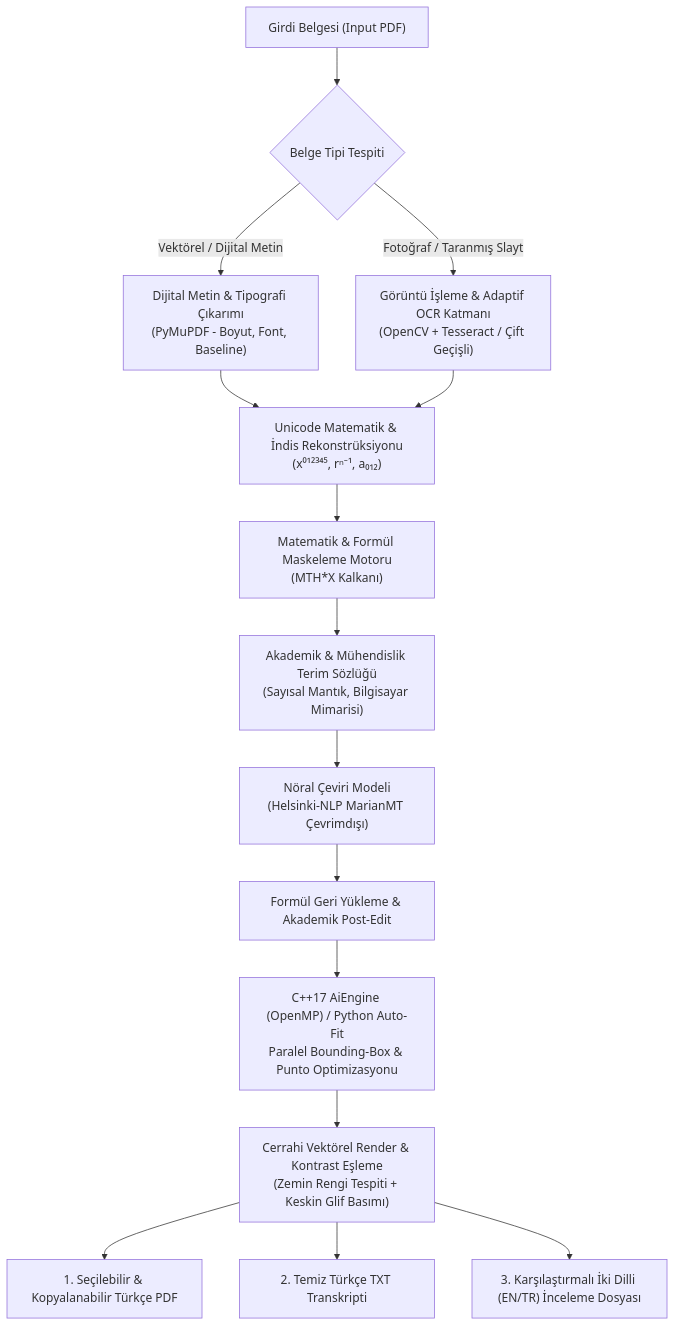
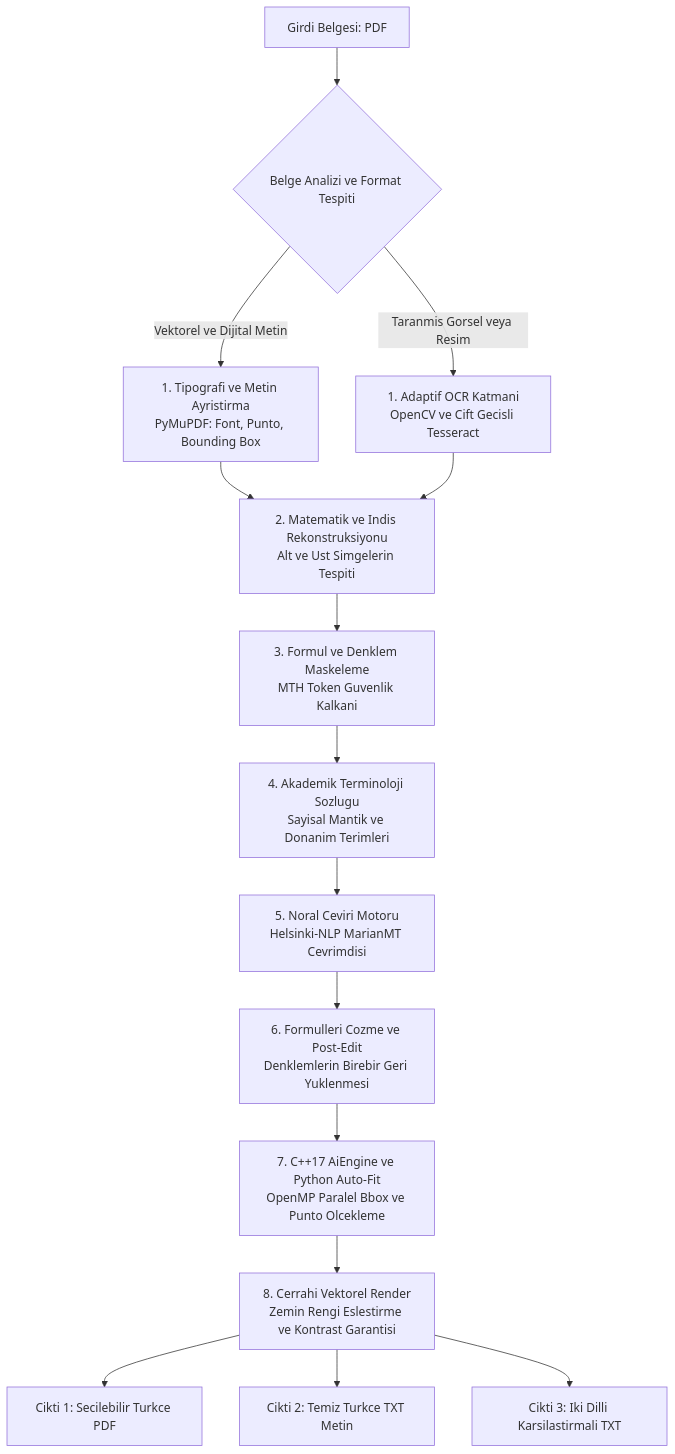
One commit to Tefezimli/PDF_AI_BOOK-TRANSLATER_ING-TO-TR changed the diagram in README.md. Above: the diagram before and after it, drawn with Mermaid. The commit also changed other lines of this file, not shown here.

Commit message:
docs: enrich Architecture Workflow section with bulletproof Mermaid and 8-stage pipeline breakdown

````diff
--- a/README.md
+++ b/README.md
@@ -99,23 +99,22 @@
 ```mermaid
 flowchart TD
-    A["Girdi Belgesi (Input PDF)"] --> B{"Belge Tipi Tespiti"}
+    A[Girdi Belgesi: PDF] --> B{Belge Analizi ve Format Tespiti}
     
-    B -->|"Vektörel / Dijital Metin"| C["Dijital Metin & Tipografi Çıkarımı<br/>(PyMuPDF - Boyut, Font, Baseline)"]
-    B -->|"Fotoğraf / Taranmış Slayt"| D["Görüntü İşleme & Adaptif OCR Katmanı<br/>(OpenCV + Tesseract / Çift Geçişli)"]
+    B -->|Vektorel ve Dijital Metin| C[1. Tipografi ve Metin Ayristirma<br/>PyMuPDF: Font, Punto, Bounding Box]
+    B -->|Taranmis Gorsel veya Resim| D[1. Adaptif OCR Katmani<br/>OpenCV ve Cift Gecisli Tesseract]
     
-    C --> E["Unicode Matematik & İndis Rekonstrüksiyonu<br/>(x⁰¹²³⁴⁵, rⁿ⁻¹, a₀₁₂)"]
+    C --> E[2. Matematik ve Indis Rekonstruksiyonu<br/>Alt ve Ust Simgelerin Tespiti]
     D --> E
     
-    E --> F["Matematik & Formül Maskeleme Motoru<br/>(MTH*X Kalkanı)"]
-    F --> G["Akademik & Mühendislik Terim Sözlüğü<br/>(Sayısal Mantık, Bilgisayar Mimarisi)"]
-    G --> H["Nöral Çeviri Modeli<br/>(Helsinki-NLP MarianMT Çevrimdışı)"]
-    H --> I["Formül Geri Yükleme & Akademik Post-Edit"]
+    E --> F[3. Formul ve Denklem Maskeleme<br/>MTH Token Guvenlik Kalkani]
+    F --> G[4. Akademik Terminoloji Sozlugu<br/>Sayisal Mantik ve Donanim Terimleri]
+    G --> H[5. Noral Ceviri Motoru<br/>Helsinki-NLP MarianMT Cevrimdisi]
+    H --> I[6. Formulleri Cozme ve Post-Edit<br/>Denklemlerin Birebir Geri Yuklenmesi]
     
-    I --> J["C++17 AiEngine (OpenMP) / Python Auto-Fit<br/>Paralel Bounding-Box & Punto Optimizasyonu"]
+    I --> J[7. C++17 AiEngine ve Python Auto-Fit<br/>OpenMP Paralel Bbox ve Punto Olcekleme]
+    J --> K[8. Cerrahi Vektorel Render<br/>Zemin Rengi Eslestirme ve Kontrast Garantisi]
     
-    J --> K["Cerrahi Vektörel Render & Kontrast Eşleme<br/>(Zemin Rengi Tespiti + Keskin Glif Basımı)"]
-    
-    K --> L["1. Seçilebilir & Kopyalanabilir Türkçe PDF"]
-    K --> M["2. Temiz Türkçe TXT Transkripti"]
-    K --> N["3. Karşılaştırmalı İki Dilli (EN/TR) İnceleme Dosyası"]
+    K --> L[Cikti 1: Secilebilir Turkce PDF]
+    K --> M[Cikti 2: Temiz Turkce TXT Metin]
+    K --> N[Cikti 3: Iki Dilli Karsilastirmali TXT]
 ```
````
